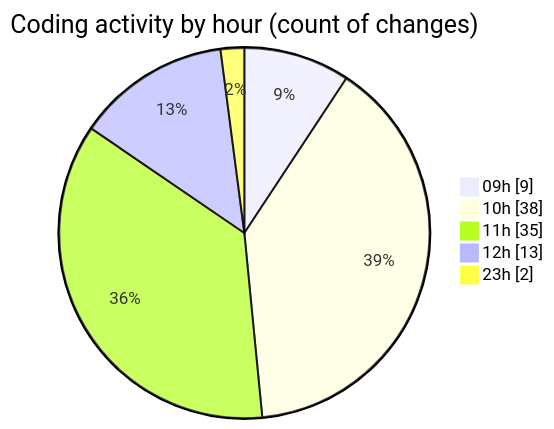
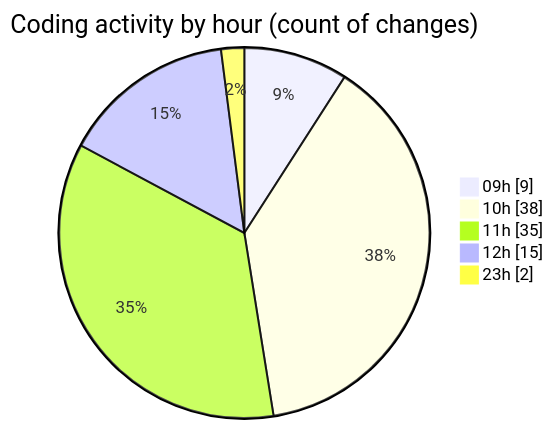
One commit to Elitesun/code-tracking changed the second of 2 diagrams in 2025-05-19/niten/README.md. Above: the diagram before and after it, drawn with Mermaid. The commit also changed other lines of this file and 1 other file, not shown here.

````diff
--- a/2025-05-19/niten/README.md
+++ b/2025-05-19/niten/README.md
@@ -55,9 +55,9 @@
 ```mermaid
 pie showData
 title Coding activity by hour (count of changes)
 "09h" : 9
 "10h" : 38
 "11h" : 35
-"12h" : 13
+"12h" : 15
 "23h" : 2
 ```
````
